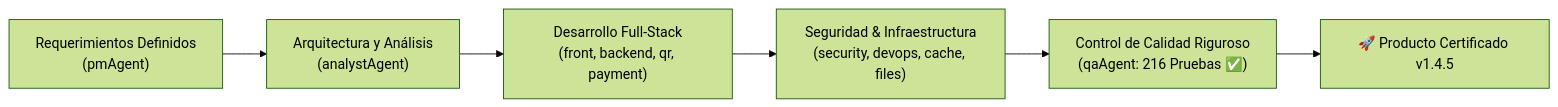
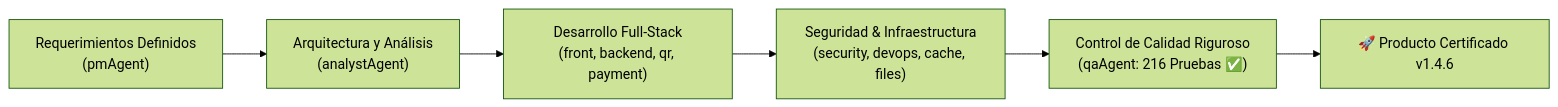
Before and after one commit to paolapaz202504/QRgenerator: the diagram in PROJECT_STATUS_QRGENERATOR.md, drawn with Mermaid (forest theme). The commit also changed other lines of this file and 8 other files, not shown here.

````diff
--- a/PROJECT_STATUS_QRGENERATOR.md
+++ b/PROJECT_STATUS_QRGENERATOR.md
@@ -12,8 +12,8 @@
 ```mermaid
 flowchart LR
     A["Requerimientos Definidos\n(pmAgent)"] --> B["Arquitectura y Análisis\n(analystAgent)"]
     B --> C["Desarrollo Full-Stack\n(front, backend, qr, payment)"]
     C --> D["Seguridad & Infraestructura\n(security, devops, cache, files)"]
     D --> E["Control de Calidad Riguroso\n(qaAgent: 216 Pruebas ✅)"]
-    E --> F["🚀 Producto Certificado v1.4.5"]
+    E --> F["🚀 Producto Certificado v1.4.6"]
 ```
````
